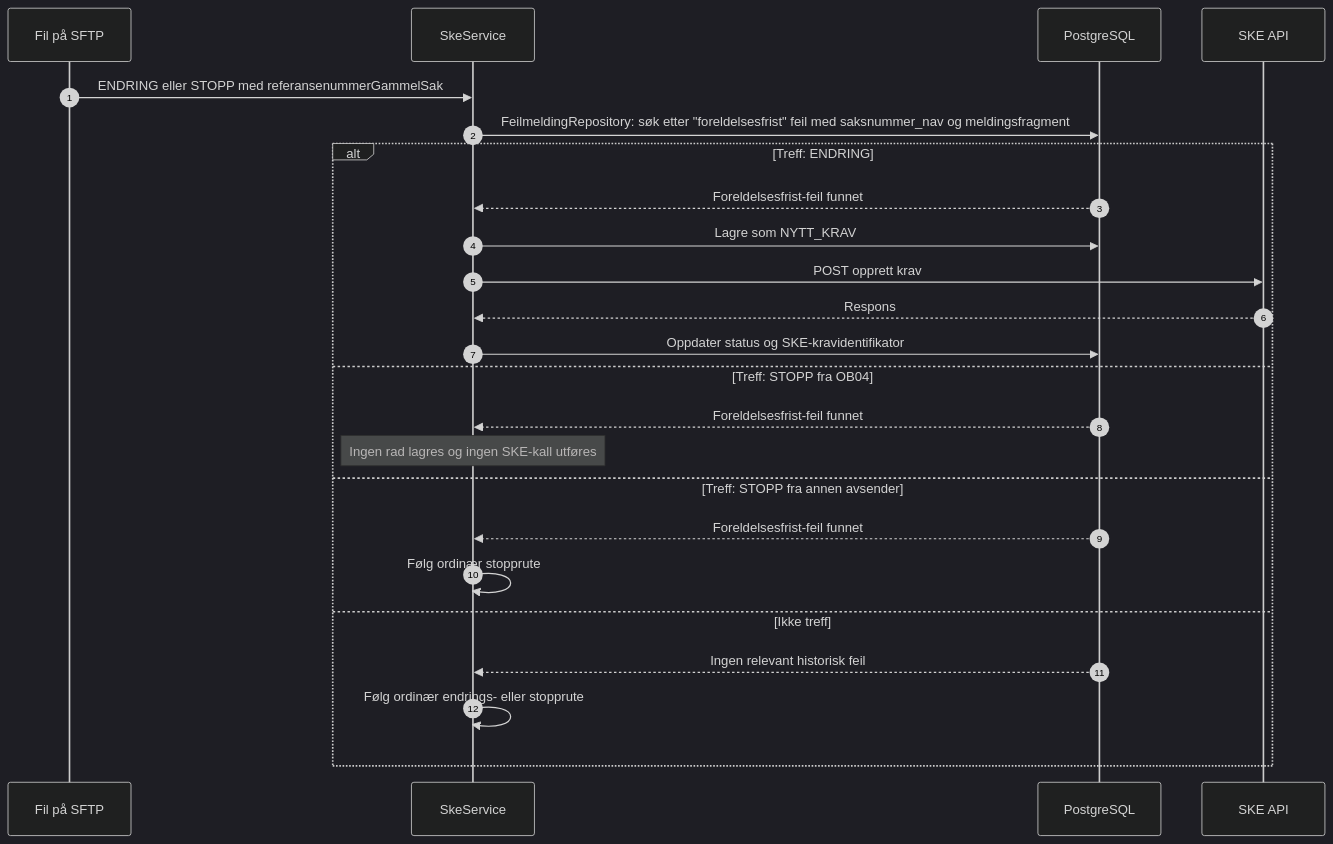
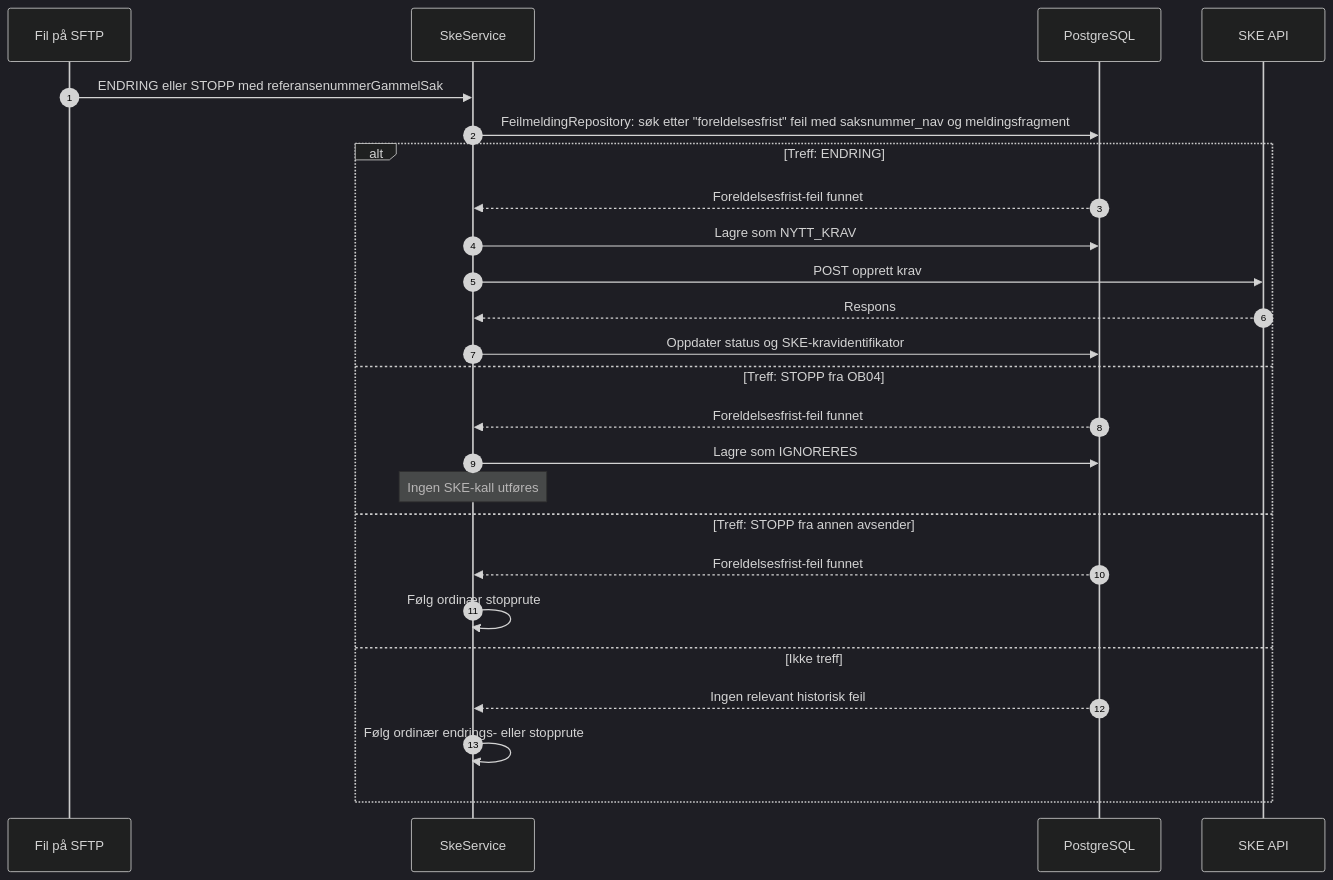
One commit to navikt/sokos-ske-krav changed the second of 2 diagrams in dokumentasjon/Oppryddingsspor_foreldelsesfrist.md. Above: the diagram before and after it, drawn with Mermaid (dark theme). The commit also changed other lines of this file and 7 other files, not shown here.

````diff
--- a/dokumentasjon/Oppryddingsspor_foreldelsesfrist.md
+++ b/dokumentasjon/Oppryddingsspor_foreldelsesfrist.md
@@ -58,27 +58,28 @@
 ```mermaid
 sequenceDiagram
     autonumber
     participant OS as Fil på SFTP
     participant SkeService
     participant DB as PostgreSQL
     participant SKE as SKE API
 
     OS->>SkeService: ENDRING eller STOPP med referansenummerGammelSak
     SkeService->>DB: FeilmeldingRepository: søk etter "foreldelsesfrist" feil med saksnummer_nav og meldingsfragment
     alt Treff: ENDRING
         DB-->>SkeService: Foreldelsesfrist-feil funnet
         SkeService->>DB: Lagre som NYTT_KRAV
         SkeService->>SKE: POST opprett krav
         SKE-->>SkeService: Respons
         SkeService->>DB: Oppdater status og SKE-kravidentifikator
     else Treff: STOPP fra OB04
         DB-->>SkeService: Foreldelsesfrist-feil funnet
-        Note over SkeService: Ingen rad lagres og ingen SKE-kall utføres
+        SkeService->>DB: Lagre som IGNORERES
+        Note over SkeService: Ingen SKE-kall utføres
     else Treff: STOPP fra annen avsender
         DB-->>SkeService: Foreldelsesfrist-feil funnet
         SkeService->>SkeService: Følg ordinær stopprute
     else Ikke treff
         DB-->>SkeService: Ingen relevant historisk feil
         SkeService->>SkeService: Følg ordinær endrings- eller stopprute
     end
 ```
````
